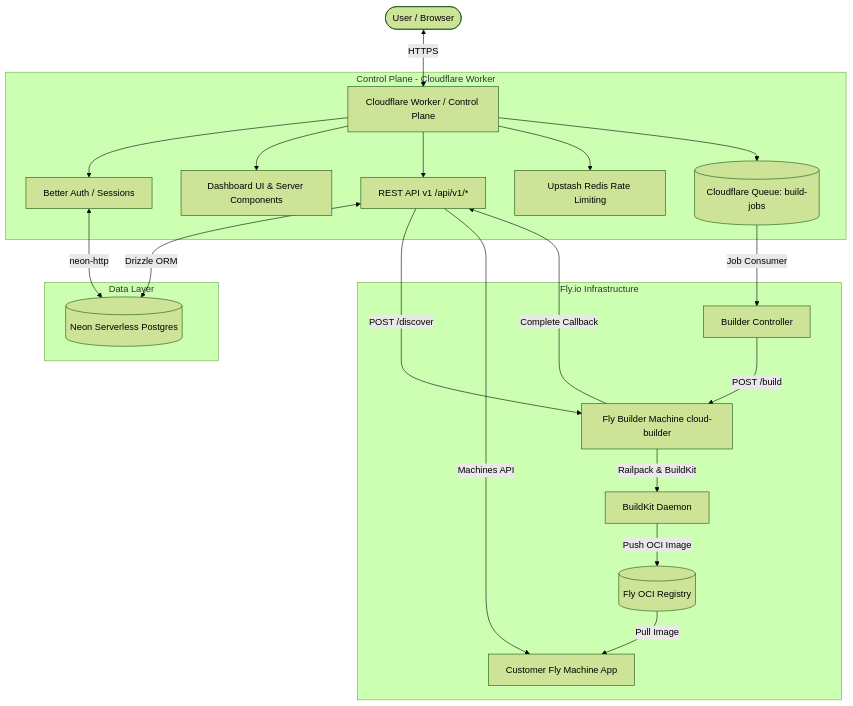
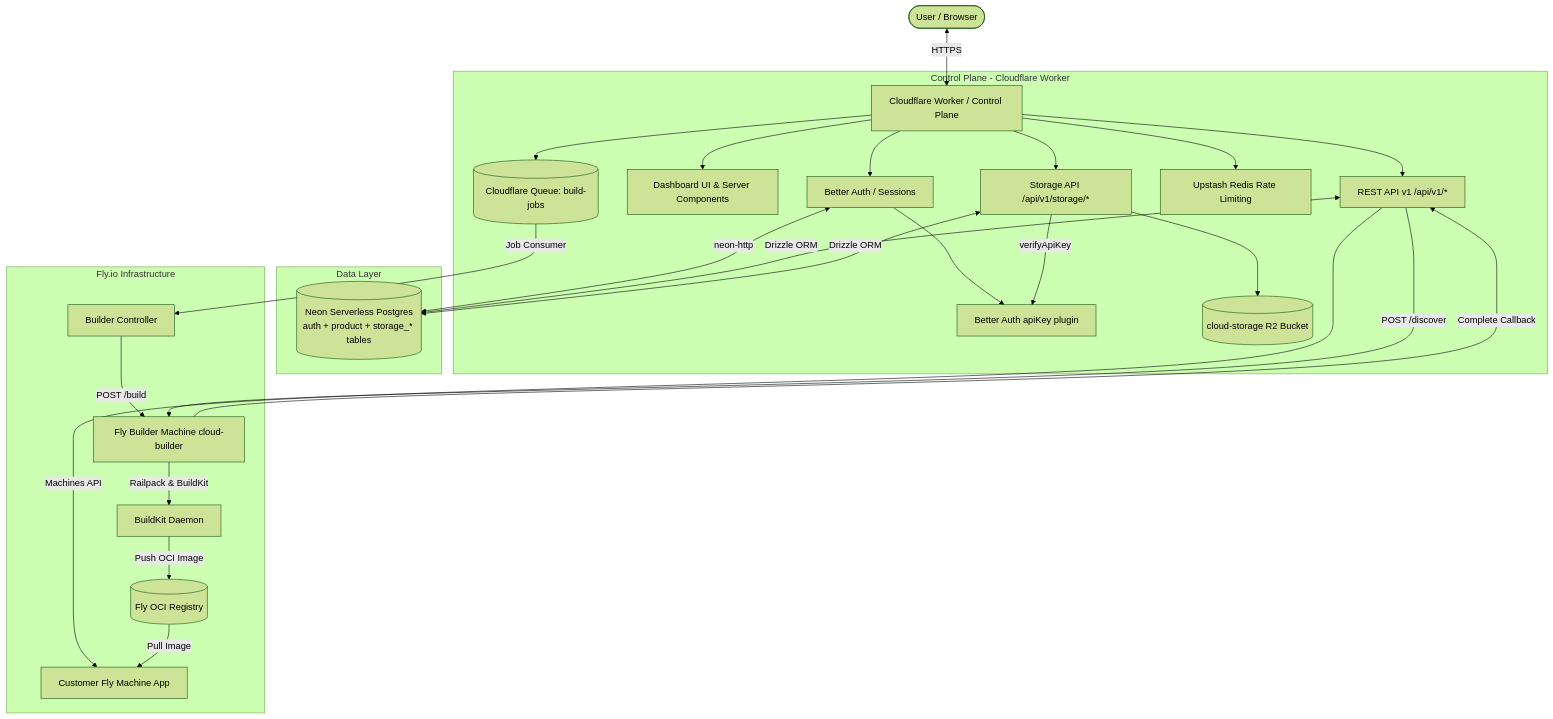
Before and after one commit to Mahadi-rsio/cloud: the diagram in README.md, drawn with Mermaid (forest theme). The commit also changed other lines of this file and 3 other files, not shown here.

Commit message:
docs: update README, api.md, architecture.md, db.md for storage API and Better Auth API key integration

````diff
--- a/README.md
+++ b/README.md
@@ -46,28 +47,33 @@
 ```mermaid
 graph TD
   User([User / Browser]) <-->|HTTPS| Edge[Cloudflare Worker / Control Plane]
 
   subgraph CloudflareEdge[Control Plane - Cloudflare Worker]
     Edge --> Auth[Better Auth / Sessions]
     Edge --> Dash[Dashboard UI & Server Components]
     Edge --> API[REST API v1 /api/v1/*]
+    Edge --> StorageAPI[Storage API /api/v1/storage/*]
     Edge --> Rate[Upstash Redis Rate Limiting]
     Edge --> Q[(Cloudflare Queue: build-jobs)]
+    Auth --> APIKey[Better Auth apiKey plugin]
+    StorageAPI -->|verifyApiKey| APIKey
+    StorageAPI --> R2[(cloud-storage R2 Bucket)]
   end
 
   subgraph DataLayer[Data Layer]
-    Auth <-->|neon-http| Neon[(Neon Serverless Postgres)]
+    Auth <-->|neon-http| Neon[(Neon Serverless Postgres\nauth + product + storage_* tables)]
     API <-->|Drizzle ORM| Neon
+    StorageAPI <-->|Drizzle ORM| Neon
   end
 
   subgraph FlyPlatform[Fly.io Infrastructure]
     Q -->|Job Consumer| BldCtrl[Builder Controller]
     BldCtrl -->|POST /build| Builder[Fly Builder Machine cloud-builder]
     API -->|POST /discover| Builder
     Builder -->|Railpack & BuildKit| BuildKit[BuildKit Daemon]
     BuildKit -->|Push OCI Image| Reg[(Fly OCI Registry)]
     Builder -->|Complete Callback| API
     API -->|Machines API| UserApp[Customer Fly Machine App]
     Reg -->|Pull Image| UserApp
   end
 ```
````
